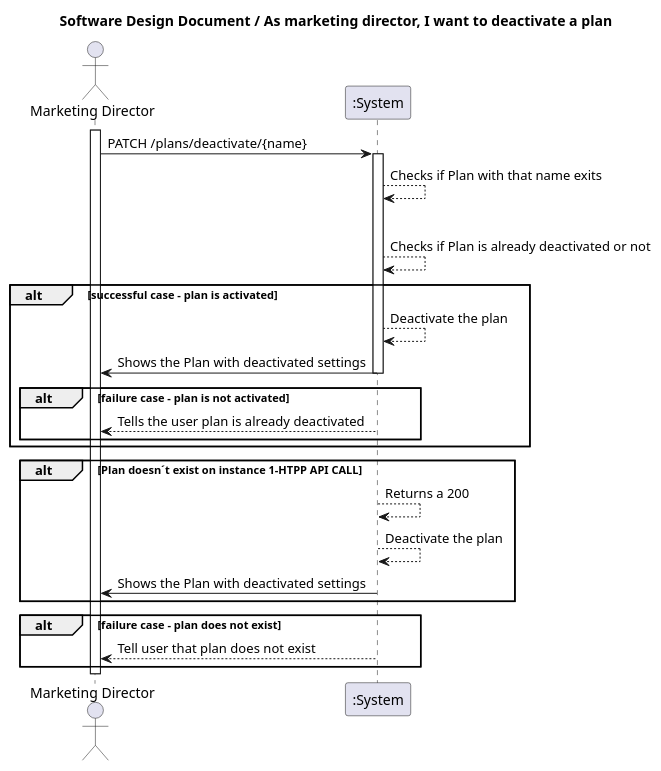
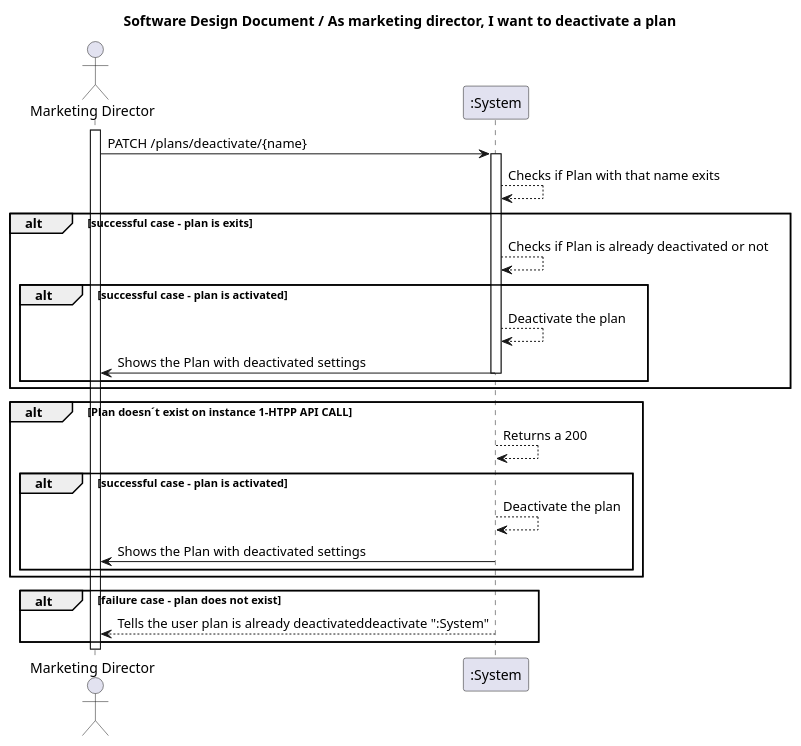
The diagram in docs_sidis/Plans/WP#1A/US02/SDD.puml (IsepMartimOliveira/SIDIS), drawn with PlantUML before and after one commit. The commit also changed 12 other files, not shown here.

```diff
--- a/docs_sidis/Plans/WP#1A/US02/SDD.puml
+++ b/docs_sidis/Plans/WP#1A/US02/SDD.puml
@@ -1,43 +1,41 @@
 @startuml
 'https://plantuml.com/sequence-diagram
 actor "Marketing Director" as MD
 title Software Design Document / As marketing director, I want to deactivate a plan
 
 activate MD
 MD -> ":System" : PATCH /plans/deactivate/{name}
 activate ":System"
 
 ":System" --> ":System" : Checks if Plan with that name exits
 
 alt successful case - plan is exits
 ":System" --> ":System" : Checks if Plan is already deactivated or not
 
 
 alt successful case - plan is activated
 ":System" --> ":System" : Deactivate the plan
 ":System" -> MD: Shows the Plan with deactivated settings
 deactivate ":System"
 
-alt failure case - plan is not activated
 
-":System" --> MD : Tells the user plan is already deactivated
-deactivate ":System"
 end
 
 deactivate ":System"
 
 end
 alt Plan doesn´t exist on instance 1-HTPP API CALL
 ":System"-->":System":Returns a 200
+alt successful case - plan is activated
 ":System" --> ":System" : Deactivate the plan
+
 ":System" -> MD: Shows the Plan with deactivated settings
-
+end
 end
 
 alt failure case - plan does not exist
 activate ":System"
-":System" --> MD : Tell user that plan does not exist
-deactivate ":System"
+":System" --> MD : Tells the user plan is already deactivateddeactivate ":System"
 end
 deactivate MD
 @enduml
```
